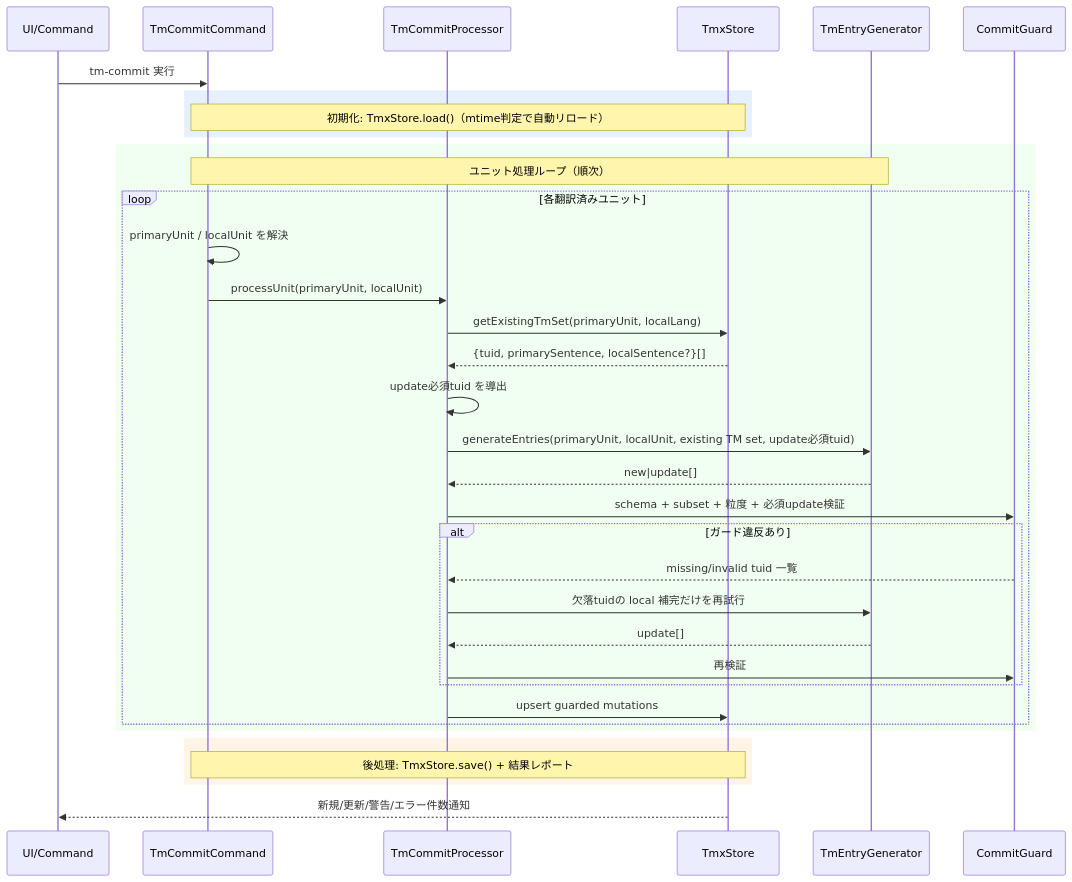
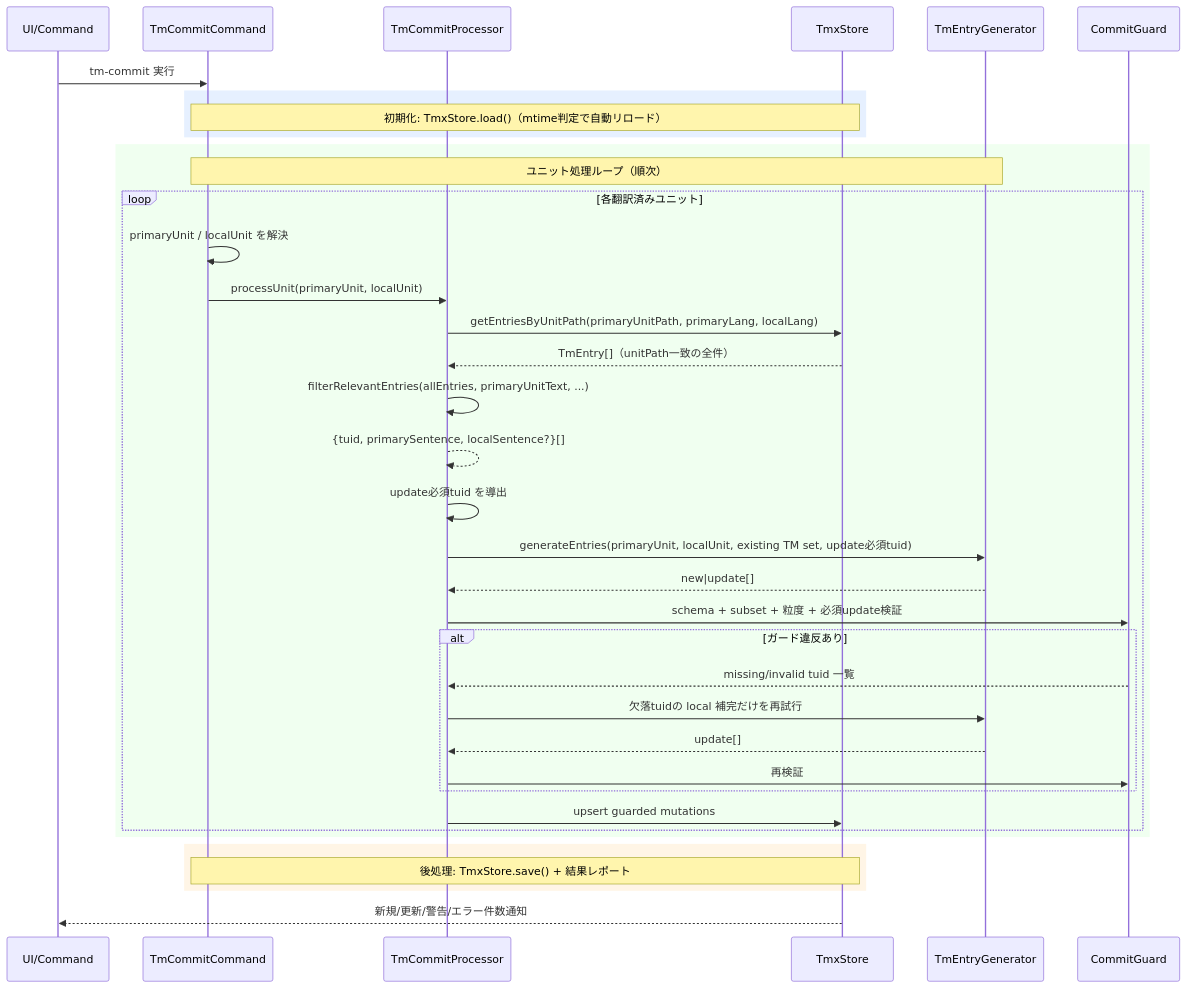
The diagram in docs/design/command_tm.md (mochimochiki/mdait), drawn with Mermaid before and after one commit. The commit also changed 14 other files, not shown here.

````diff
--- a/docs/design/command_tm.md
+++ b/docs/design/command_tm.md
@@ -69,42 +69,44 @@
 ```mermaid
 sequenceDiagram
     participant User as UI/Command
     participant Cmd as TmCommitCommand
     participant Proc as TmCommitProcessor
     participant Store as TmxStore
     participant AI as TmEntryGenerator
     participant Guard as CommitGuard
 
     User->>Cmd: tm-commit 実行
 
     rect rgb(230, 240, 255)
         Note over Cmd,Store: 初期化: TmxStore.load()（mtime判定で自動リロード）
     end
 
     rect rgb(240, 255, 240)
         Note over Cmd,AI: ユニット処理ループ（順次）
         loop 各翻訳済みユニット
             Cmd->>Cmd: primaryUnit / localUnit を解決
             Cmd->>Proc: processUnit(primaryUnit, localUnit)
-            Proc->>Store: getExistingTmSet(primaryUnit, localLang)
-            Store-->>Proc: {tuid, primarySentence, localSentence?}[]
+            Proc->>Store: getEntriesByUnitPath(primaryUnitPath, primaryLang, localLang)
+            Store-->>Proc: TmEntry[]（unitPath一致の全件）
+            Proc->>Proc: filterRelevantEntries(allEntries, primaryUnitText, ...)
+            Proc-->>Proc: {tuid, primarySentence, localSentence?}[]
             Proc->>Proc: update必須tuid を導出
             Proc->>AI: generateEntries(primaryUnit, localUnit, existing TM set, update必須tuid)
             AI-->>Proc: new|update[]
             Proc->>Guard: schema + subset + 粒度 + 必須update検証
             alt ガード違反あり
                 Guard-->>Proc: missing/invalid tuid 一覧
                 Proc->>AI: 欠落tuidの local 補完だけを再試行
                 AI-->>Proc: update[]
                 Proc->>Guard: 再検証
             end
             Proc->>Store: upsert guarded mutations
         end
     end
 
     rect rgb(255, 245, 230)
         Note over Cmd,Store: 後処理: TmxStore.save() + 結果レポート
     end
 
     Store-->>User: 新規/更新/警告/エラー件数通知
 ```
````
